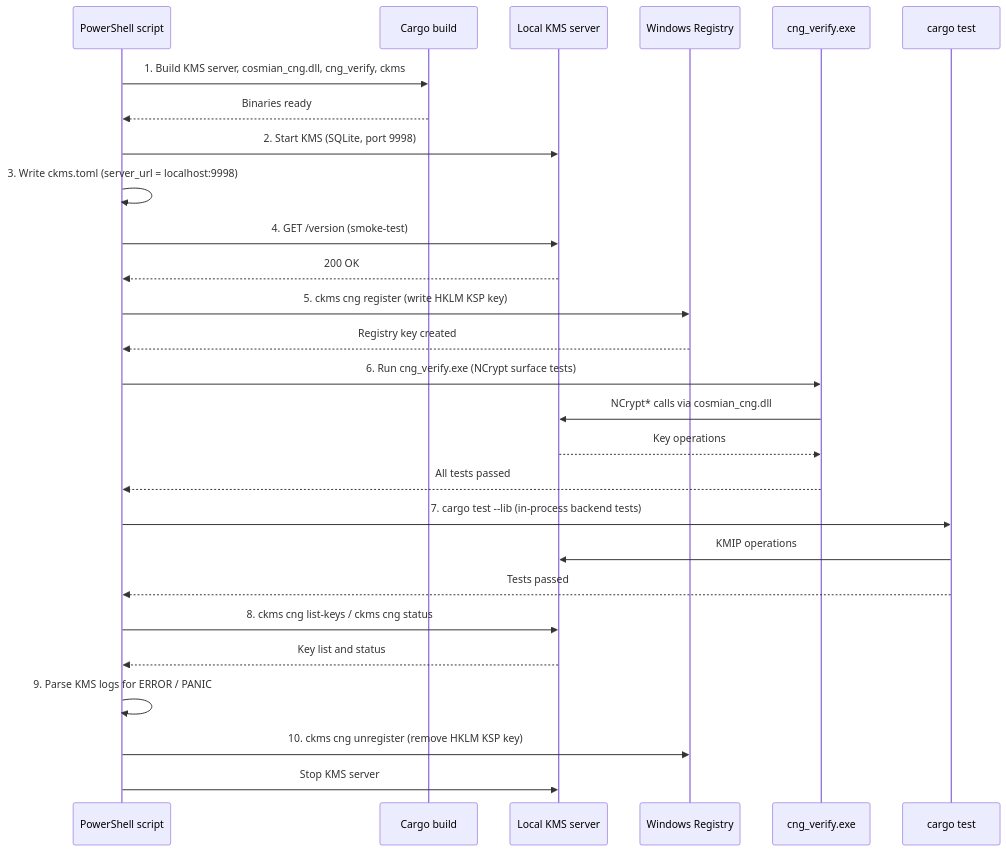
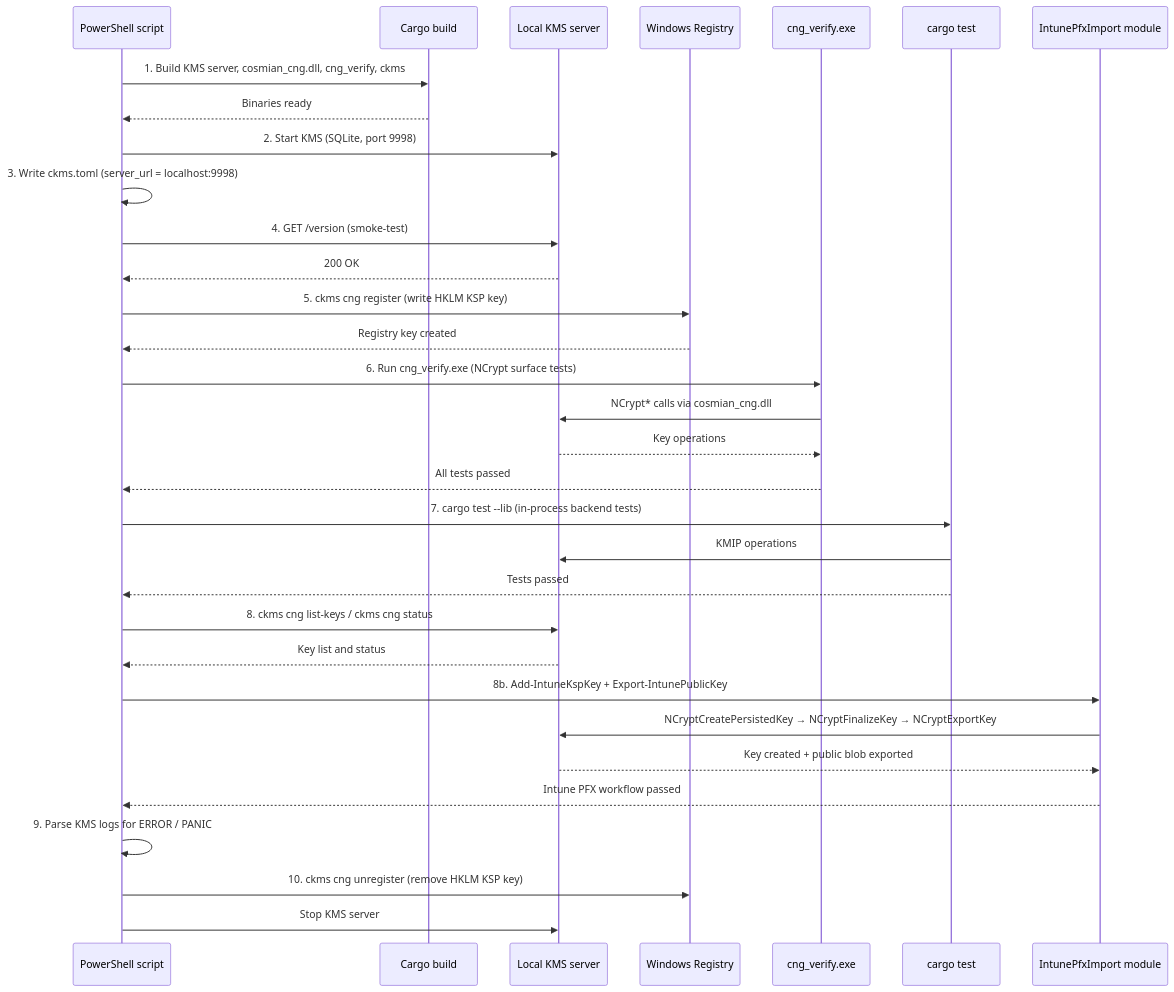
One commit to Cosmian/kms changed the seventh of 7 diagrams in documentation/docs/integrations/cloud_providers/microsoft/windows_cng_ksp.md. Above: the diagram before and after it, drawn with Mermaid. The commit also changed other lines of this file and 25 other files, not shown here.

````diff
--- a/documentation/docs/integrations/cloud_providers/microsoft/windows_cng_ksp.md
+++ b/documentation/docs/integrations/cloud_providers/microsoft/windows_cng_ksp.md
@@ -599,30 +600,35 @@
 ```mermaid
 sequenceDiagram
     participant PS as PowerShell script
     participant Build as Cargo build
     participant KMS as Local KMS server
     participant Reg as Windows Registry
     participant Verify as cng_verify.exe
     participant Tests as cargo test
+    participant Intune as IntunePfxImport module
 
     PS->>Build: 1. Build KMS server, cosmian_cng.dll, cng_verify, ckms
     Build-->>PS: Binaries ready
     PS->>KMS: 2. Start KMS (SQLite, port 9998)
     PS->>PS: 3. Write ckms.toml (server_url = localhost:9998)
     PS->>KMS: 4. GET /version (smoke-test)
     KMS-->>PS: 200 OK
     PS->>Reg: 5. ckms cng register (write HKLM KSP key)
     Reg-->>PS: Registry key created
     PS->>Verify: 6. Run cng_verify.exe (NCrypt surface tests)
     Verify->>KMS: NCrypt* calls via cosmian_cng.dll
     KMS-->>Verify: Key operations
     Verify-->>PS: All tests passed
     PS->>Tests: 7. cargo test --lib (in-process backend tests)
     Tests->>KMS: KMIP operations
     Tests-->>PS: Tests passed
     PS->>KMS: 8. ckms cng list-keys / ckms cng status
     KMS-->>PS: Key list and status
+    PS->>Intune: 8b. Add-IntuneKspKey + Export-IntunePublicKey
+    Intune->>KMS: NCryptCreatePersistedKey → NCryptFinalizeKey → NCryptExportKey
+    KMS-->>Intune: Key created + public blob exported
+    Intune-->>PS: Intune PFX workflow passed
     PS->>PS: 9. Parse KMS logs for ERROR / PANIC
     PS->>Reg: 10. ckms cng unregister (remove HKLM KSP key)
     PS->>KMS: Stop KMS server
 ```
````
